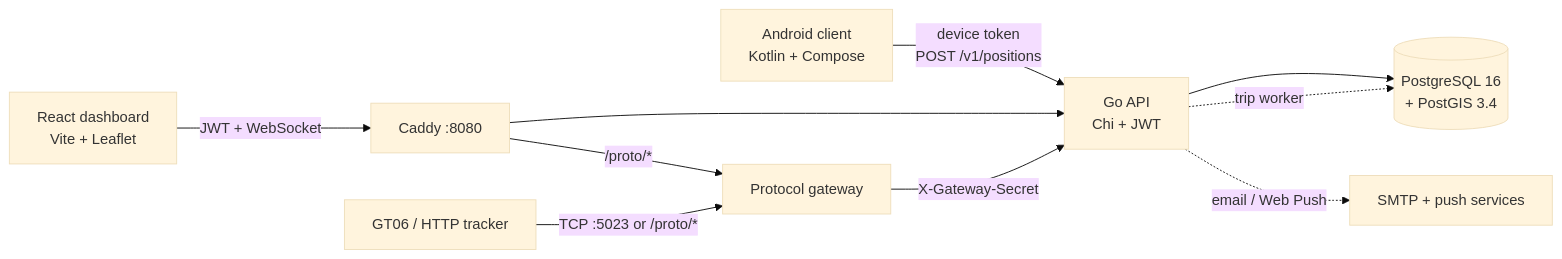
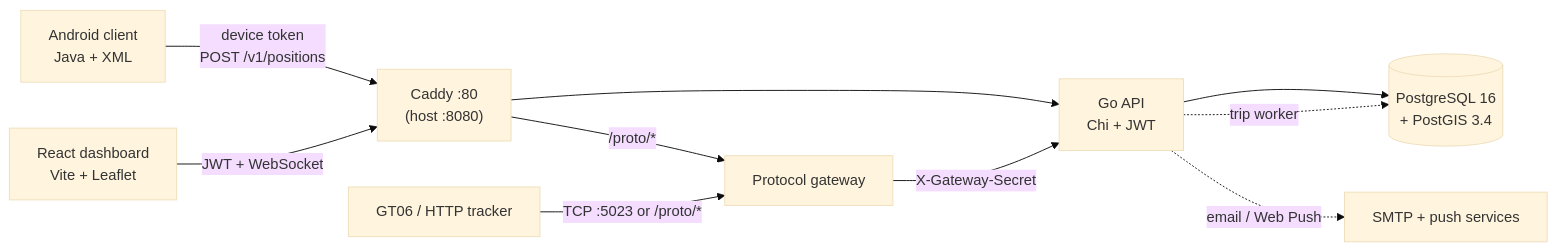
Before and after one commit to AYMANOULHOUF/trackstack: the diagram in README.md, drawn with Mermaid (base theme). The commit also changed other lines of this file and 4 other files, not shown here.

Commit message:
docs: align README and design notes with the Java/XML stack

````diff
--- a/README.md
+++ b/README.md
@@ -35,12 +36,12 @@
 ```mermaid
 flowchart LR
-    Phone["Android client<br/>Kotlin + Compose"] -->|"device token<br/>POST /v1/positions"| API
+    Phone["Android client<br/>Java + XML"] -->|"device token<br/>POST /v1/positions"| Caddy
     Browser["React dashboard<br/>Vite + Leaflet"] -->|"JWT + WebSocket"| Caddy
     Tracker["GT06 / HTTP tracker"] -->|"TCP :5023 or /proto/*"| GW
-    Caddy["Caddy :8080"] --> API["Go API<br/>Chi + JWT"]
+    Caddy["Caddy :80<br/>(host :8080)"] --> API["Go API<br/>Chi + JWT"]
     Caddy -->|"/proto/*"| GW["Protocol gateway"]
     GW -->|"X-Gateway-Secret"| API
     API --> DB[("PostgreSQL 16<br/>+ PostGIS 3.4")]
     API -.->|"trip worker"| DB
     API -.->|"email / Web Push"| Alerts["SMTP + push services"]
 ```
````
